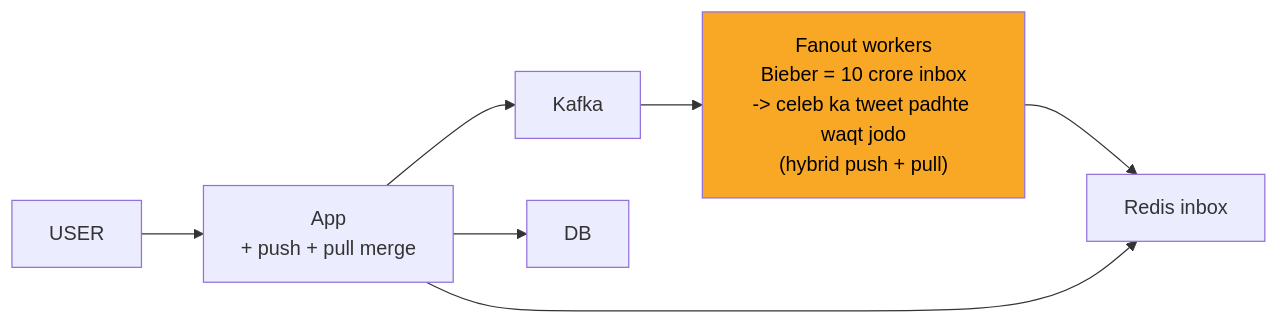
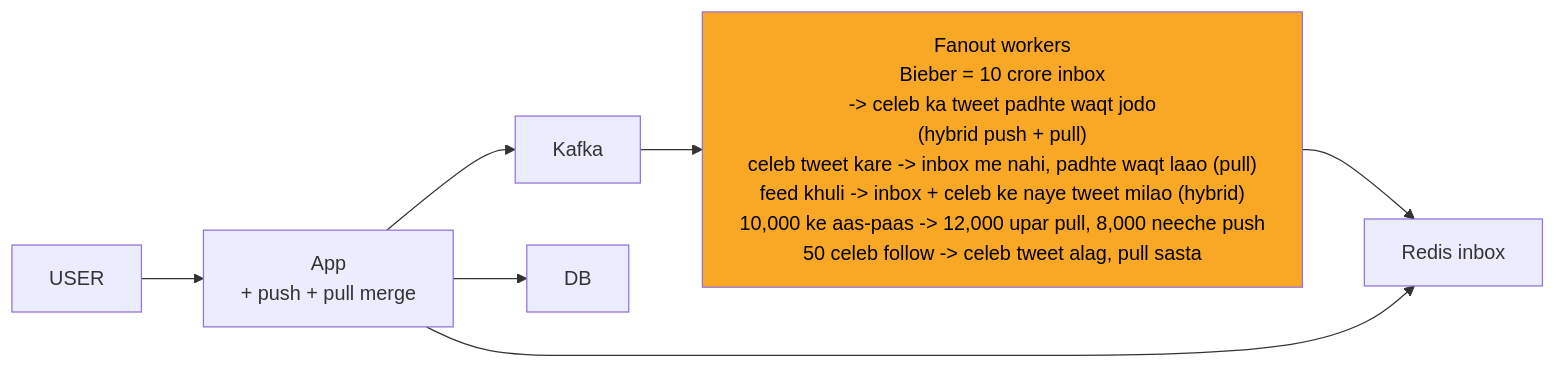
The fourth of 12 diagrams in 04_HLD/SYSTEM_DESIGNS/03_twitter_feed/03_twitter_feed.md (ArpanMaheshwari144/Prep), drawn with Mermaid before and after one commit. The commit also changed other lines of this file and 12 other files, not shown here.

Commit message:
hld 02-14: peele dabbe me SAFAR ke mod + diagram chauda (wrappingWidth 450)

````diff
--- a/04_HLD/SYSTEM_DESIGNS/03_twitter_feed/03_twitter_feed.md
+++ b/04_HLD/SYSTEM_DESIGNS/03_twitter_feed/03_twitter_feed.md
@@ -181,16 +184,17 @@
 ```mermaid
+%%{init: {"flowchart": {"wrappingWidth": 450}}}%%
 flowchart LR
     n_USER["USER"]
     n_App["App<br/>+ push + pull merge"]
     n_Kafka["Kafka"]
-    n_Fanout_workers["Fanout workers<br/>Bieber = 10 crore inbox<br/>-> celeb ka tweet padhte waqt jodo<br/>(hybrid push + pull)"]
+    n_Fanout_workers["Fanout workers<br/>Bieber = 10 crore inbox<br/>-> celeb ka tweet padhte waqt jodo<br/>(hybrid push + pull)<br/>celeb tweet kare -> inbox me nahi, padhte waqt laao (pull)<br/>feed khuli -> inbox + celeb ke naye tweet milao (hybrid)<br/>10,000 ke aas-paas -> 12,000 upar pull, 8,000 neeche push<br/>50 celeb follow -> celeb tweet alag, pull sasta"]
     n_Redis_inbox["Redis inbox"]
     n_DB["DB"]
     n_USER --> n_App
     n_App --> n_Kafka
     n_App --> n_DB
     n_Kafka --> n_Fanout_workers
     n_Fanout_workers --> n_Redis_inbox
     n_App --> n_Redis_inbox
     style n_Fanout_workers fill:#f9a825,color:#000
 ```
````
